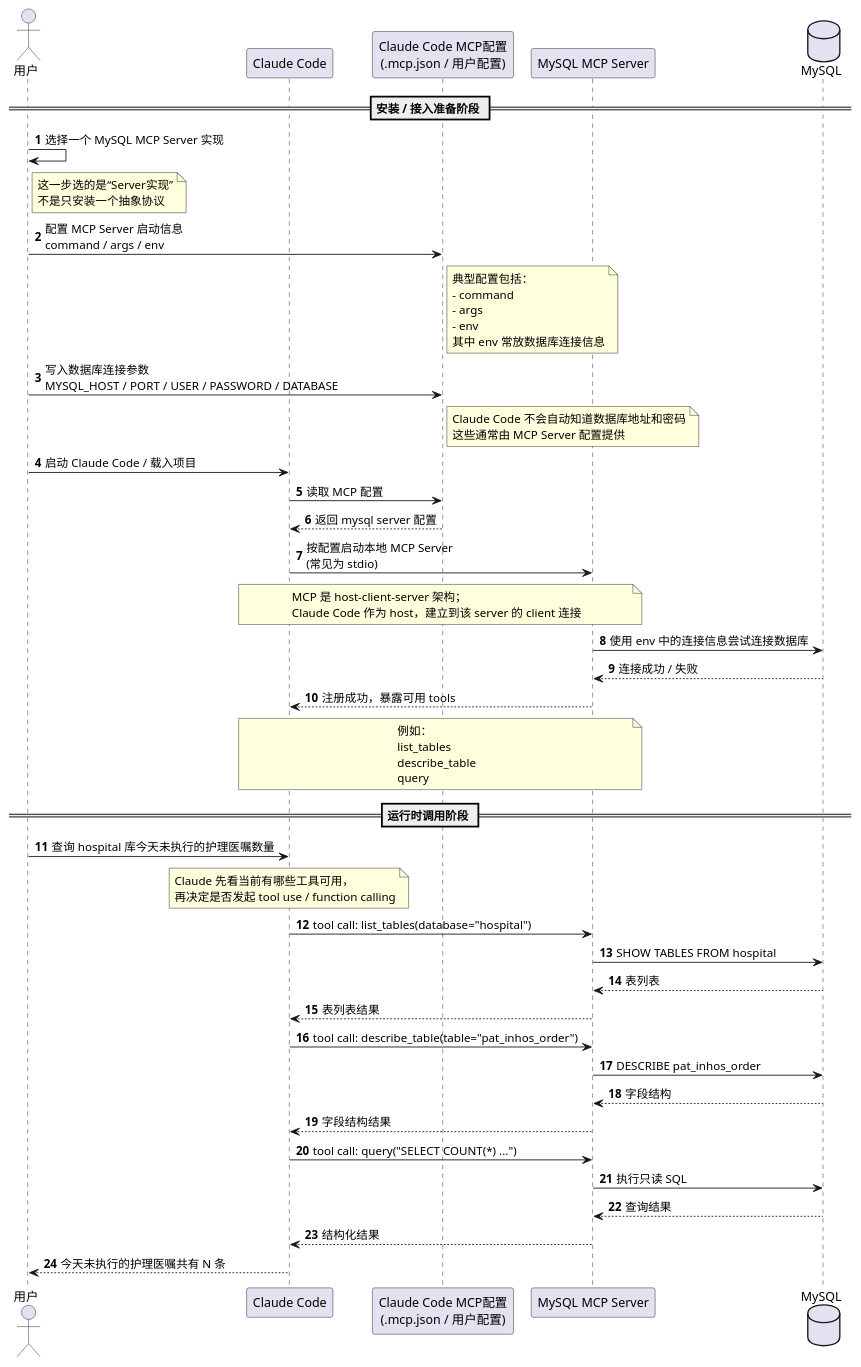
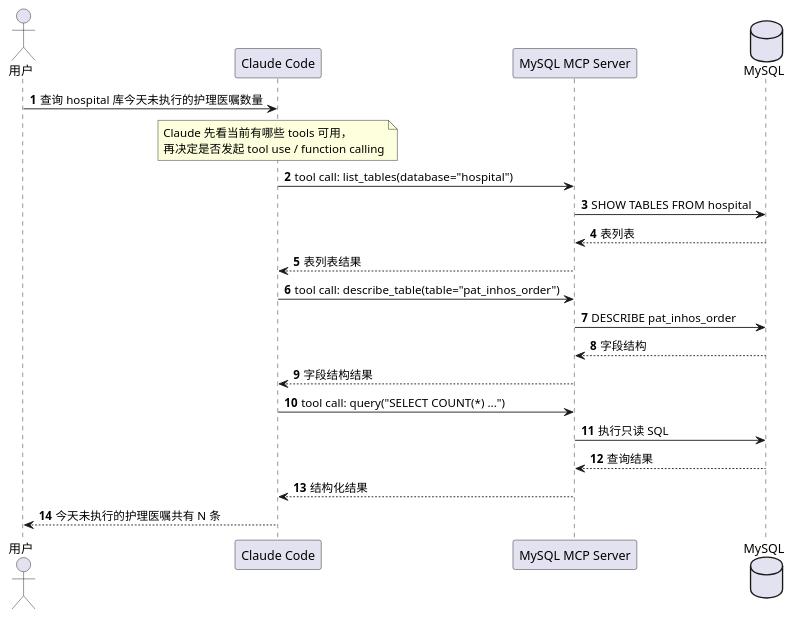
The second of 2 diagrams in 14.AI/01.大模型名词2.md (6westboy9/WESTBOY-NOTE), drawn with PlantUML before and after one commit. The commit also changed other lines of this file, not shown here.

````diff
--- a/14.AI/01.大模型名词2.md
+++ b/14.AI/01.大模型名词2.md
@@ -244,82 +336,35 @@
-``` plantuml
+```plantuml
 @startuml
 autonumber
 
 actor 用户 as U
 participant "Claude Code" as CC
-participant "Claude Code MCP配置\n(.mcp.json / 用户配置)" as CFG
 participant "MySQL MCP Server" as MCP
 database "MySQL" as DB
-
-== 安装 / 接入准备阶段 ==
-
-U -> U : 选择一个 MySQL MCP Server 实现
-note right of U
-这一步选的是“Server实现”
-不是只安装一个抽象协议
-end note
-
-U -> CFG : 配置 MCP Server 启动信息\ncommand / args / env
-note right of CFG
-典型配置包括：
-- command
-- args
-- env
-其中 env 常放数据库连接信息
-end note
-
-U -> CFG : 写入数据库连接参数\nMYSQL_HOST / PORT / USER / PASSWORD / DATABASE
-note right of CFG
-Claude Code 不会自动知道数据库地址和密码
-这些通常由 MCP Server 配置提供
-end note
-
-U -> CC : 启动 Claude Code / 载入项目
-CC -> CFG : 读取 MCP 配置
-CFG --> CC : 返回 mysql server 配置
-
-CC -> MCP : 按配置启动本地 MCP Server\n(常见为 stdio)
-note over CC,MCP
-MCP 是 host-client-server 架构；
-Claude Code 作为 host，建立到该 server 的 client 连接
-end note
-
-MCP -> DB : 使用 env 中的连接信息尝试连接数据库
-DB --> MCP : 连接成功 / 失败
-
-MCP --> CC : 注册成功，暴露可用 tools
-note over MCP,CC
-例如：
-list_tables
-describe_table
-query
-end note
-
-== 运行时调用阶段 ==
 
 U -> CC : 查询 hospital 库今天未执行的护理医嘱数量
 
 note over CC
-Claude 先看当前有哪些工具可用，
+Claude 先看当前有哪些 tools 可用，
 再决定是否发起 tool use / function calling
 end note
 
 CC -> MCP : tool call: list_tables(database="hospital")
 MCP -> DB : SHOW TABLES FROM hospital
 DB --> MCP : 表列表
 MCP --> CC : 表列表结果
 
 CC -> MCP : tool call: describe_table(table="pat_inhos_order")
 MCP -> DB : DESCRIBE pat_inhos_order
 DB --> MCP : 字段结构
 MCP --> CC : 字段结构结果
 
 CC -> MCP : tool call: query("SELECT COUNT(*) ...")
 MCP -> DB : 执行只读 SQL
 DB --> MCP : 查询结果
 MCP --> CC : 结构化结果
 
 CC --> U : 今天未执行的护理医嘱共有 N 条
 
 @enduml
 ```
````
